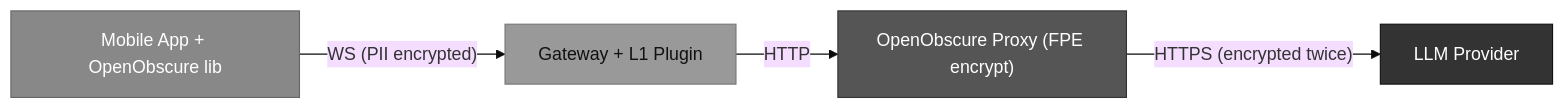
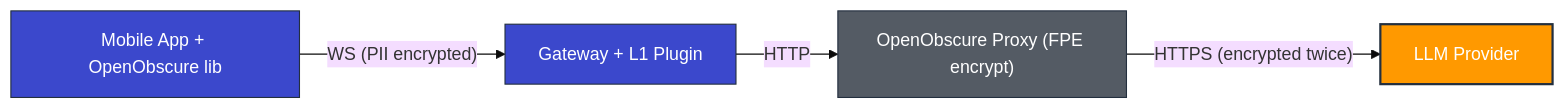
Before and after one commit to OpenObscure/OpenObscure: the third of 14 diagrams in ARCHITECTURE.md, drawn with Mermaid (base theme). The commit also changed other lines of this file and 3 other files, not shown here.

First line of the commit message:
Apply consistent color palette across all mermaid diagrams

````diff
--- a/ARCHITECTURE.md
+++ b/ARCHITECTURE.md
@@ -108,11 +110,11 @@
 ```mermaid
 flowchart LR
     phone["Mobile App + OpenObscure lib"] -- "WS (PII encrypted)" --> gw["Gateway + L1 Plugin"]
     gw -- "HTTP" --> proxy["OpenObscure Proxy (FPE encrypt)"]
     proxy -- "HTTPS (encrypted twice)" --> llm["LLM Provider"]
 
-    style phone fill:#888,stroke:#666,color:#fff
-    style gw fill:#999,stroke:#777,color:#111
-    style proxy fill:#555,stroke:#333,color:#fff
-    style llm fill:#333,stroke:#111,color:#fff
+    style phone fill:#3b48cc,stroke:#232F3E,color:#fff
+    style gw fill:#3b48cc,stroke:#232F3E,color:#fff
+    style proxy fill:#545b64,stroke:#232F3E,color:#fff
+    style llm fill:#ff9900,stroke:#232F3E,stroke-width:2px,color:#fff
 ```
````
